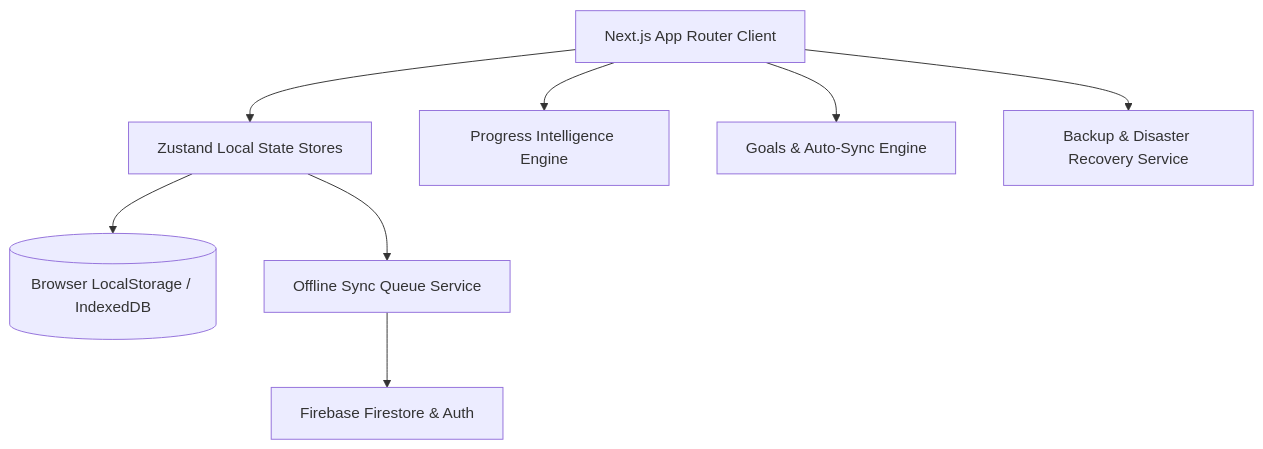
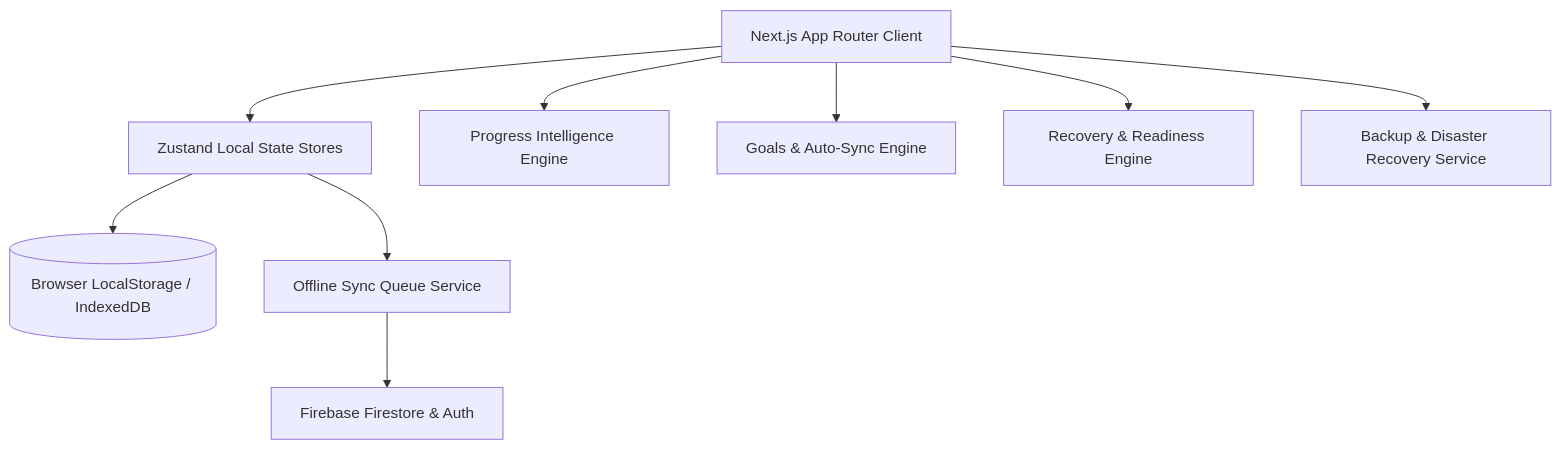
The diagram in ARCHITECTURE.md (me-hv/one-percent), drawn with Mermaid before and after one commit. The commit also changed other lines of this file and 33 other files, not shown here.

Commit message:
feat(recovery): implement recovery and readiness system

````diff
--- a/ARCHITECTURE.md
+++ b/ARCHITECTURE.md
@@ -9,10 +9,11 @@
 ```mermaid
 graph TD
     Client[Next.js App Router Client] --> Zustand[Zustand Local State Stores]
     Zustand --> LocalStorage[(Browser LocalStorage / IndexedDB)]
     Zustand --> SyncQueue[Offline Sync Queue Service]
     SyncQueue --> Firebase[Firebase Firestore & Auth]
     Client --> AnalyticsEngine[Progress Intelligence Engine]
     Client --> GoalsEngine[Goals & Auto-Sync Engine]
+    Client --> RecoveryEngine[Recovery & Readiness Engine]
     Client --> BackupService[Backup & Disaster Recovery Service]
 ```
````
